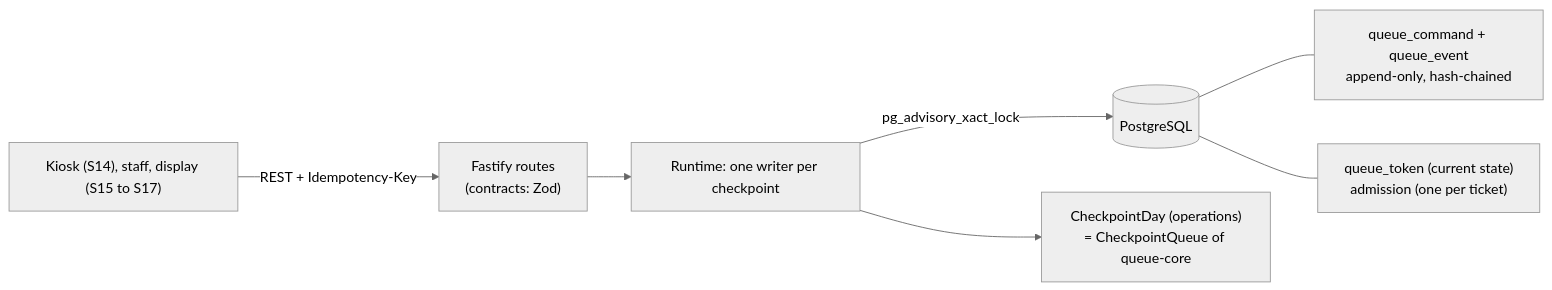
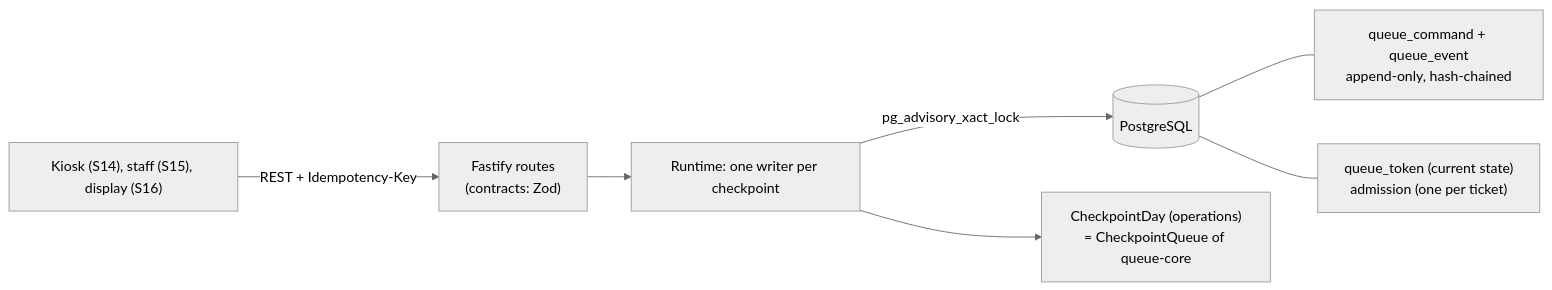
Before and after one commit to leviuzz/gaterush: the second of 4 diagrams in ARCHITECTURE.md, drawn with Mermaid (neutral theme). The commit also changed other lines of this file and 40 other files, not shown here.

````diff
--- a/ARCHITECTURE.md
+++ b/ARCHITECTURE.md
@@ -624,9 +624,9 @@
 ```mermaid
 flowchart LR
-  client["Kiosk (S14), staff, display (S15 to S17)"] -->|"REST + Idempotency-Key"| routes["Fastify routes<br/>(contracts: Zod)"]
+  client["Kiosk (S14), staff (S15), display (S16)"] -->|"REST + Idempotency-Key"| routes["Fastify routes<br/>(contracts: Zod)"]
   routes --> runtime["Runtime: one writer per checkpoint"]
   runtime -->|"pg_advisory_xact_lock"| db[("PostgreSQL")]
   runtime --> day["CheckpointDay (operations)<br/>= CheckpointQueue of queue-core"]
   db --- log["queue_command + queue_event<br/>append-only, hash-chained"]
   db --- state["queue_token (current state)<br/>admission (one per ticket)"]
 ```
````
